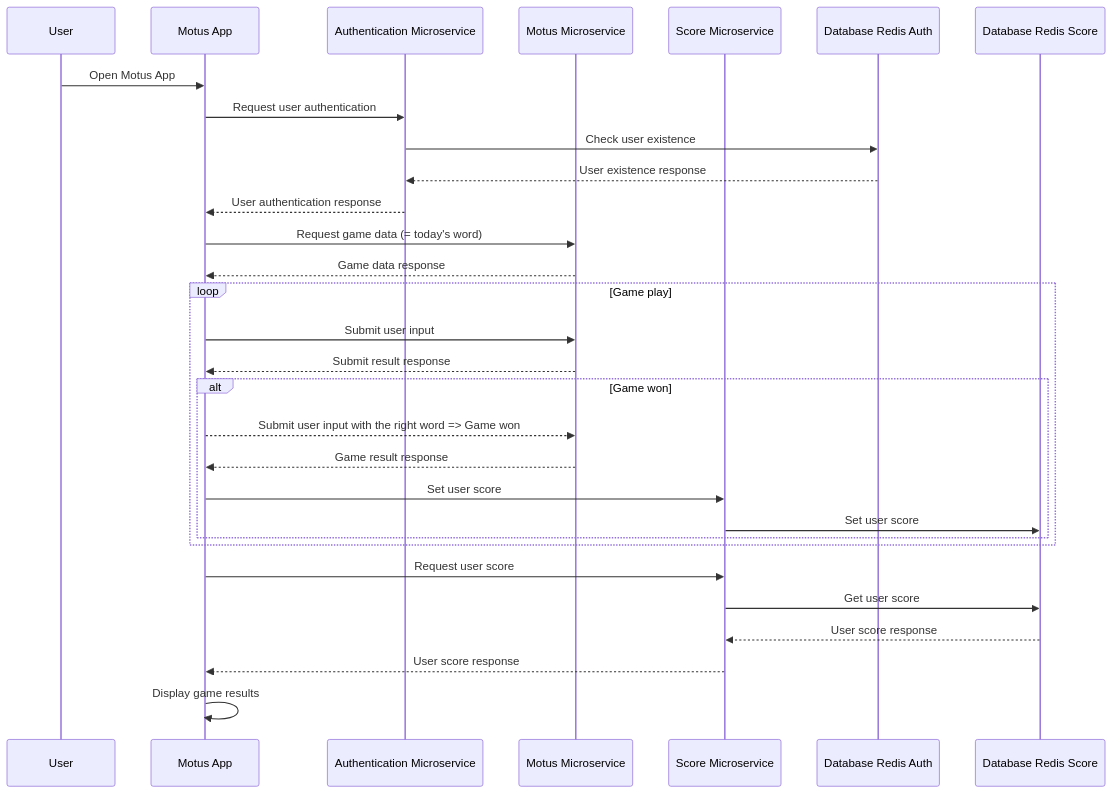
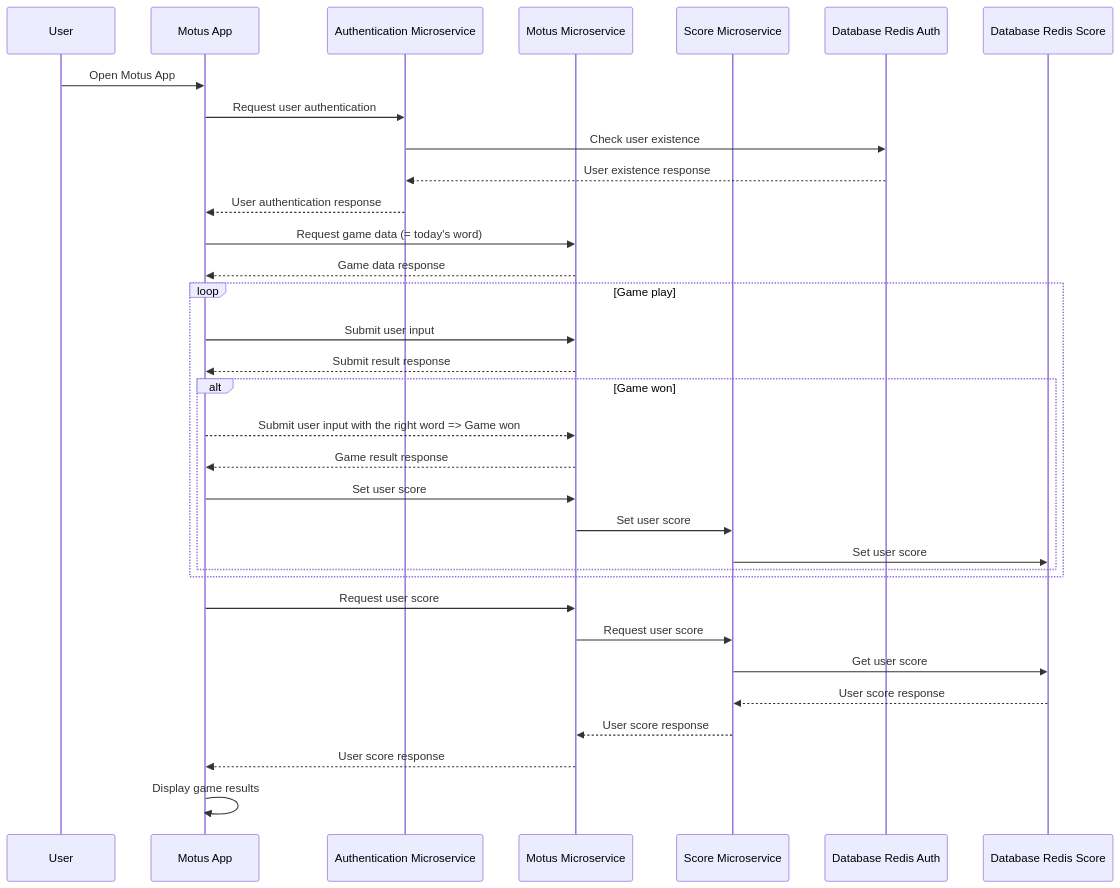
The second of 2 diagrams in README.md (SarahMesroua/ms-motus), drawn with Mermaid before and after one commit. The commit also changed other lines of this file, not shown here.

````diff
--- a/README.md
+++ b/README.md
@@ -42,35 +42,38 @@
 ```mermaid
 sequenceDiagram
     participant User
     participant Motus App
     participant Authentication Microservice
     participant Motus Microservice
     participant Score Microservice
     participant Database Redis Auth
     participant Database Redis Score
 
 
     User->>Motus App: Open Motus App
     Motus App->>Authentication Microservice: Request user authentication
     Authentication Microservice->>Database Redis Auth: Check user existence
     Database Redis Auth-->>Authentication Microservice: User existence response
     Authentication Microservice-->>Motus App: User authentication response
     Motus App->>Motus Microservice: Request game data (= today's word)
     Motus Microservice-->>Motus App: Game data response
     loop Game play
         Motus App->>Motus Microservice: Submit user input
         Motus Microservice-->>Motus App: Submit result response
         alt Game won
             Motus App-->>Motus Microservice: Submit user input with the right word => Game won
             Motus Microservice-->>Motus App: Game result response
-            Motus App->>Score Microservice: Set user score
+            Motus App->>Motus Microservice: Set user score
+            Motus Microservice->>Score Microservice:Set user score
             Score Microservice->>Database Redis Score: Set user score
 
         end
     end
-    Motus App->>Score Microservice: Request user score
+    Motus App->>Motus Microservice: Request user score
+    Motus Microservice->>Score Microservice: Request user score
     Score Microservice->>Database Redis Score: Get user score
     Database Redis Score-->>Score Microservice: User score response
-    Score Microservice-->>Motus App: User score response
+    Score Microservice-->>Motus Microservice: User score response
+    Motus Microservice-->>Motus App: User score response
     Motus App->>Motus App: Display game results
 ```
````
